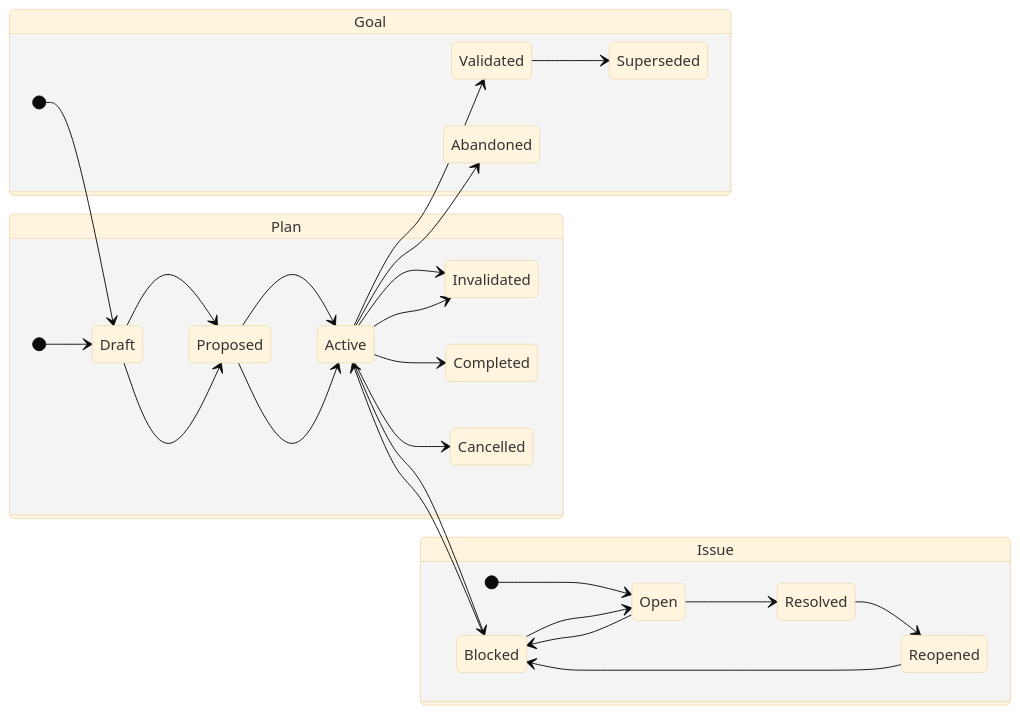
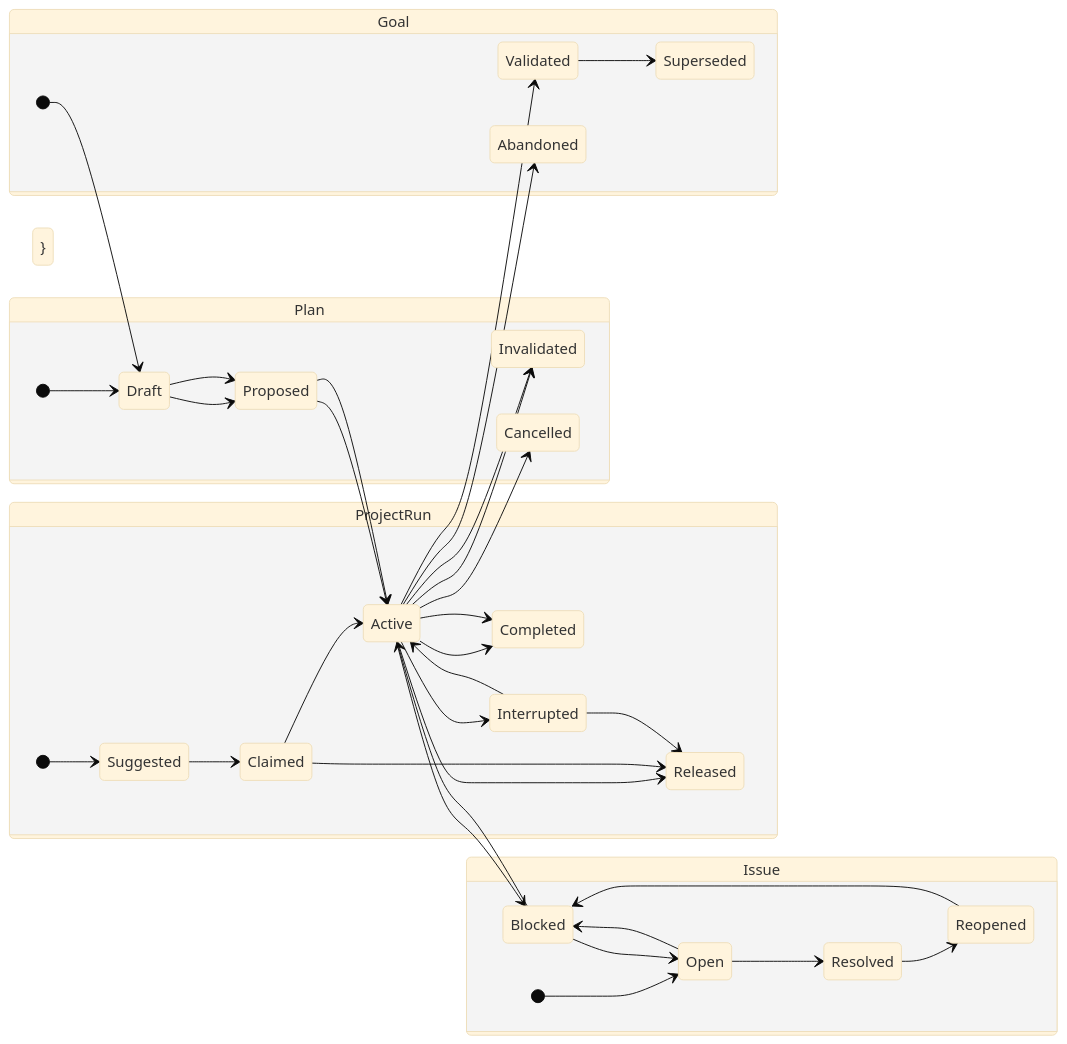
Before and after one commit to Sofreshx/Elegy: the first of 6 diagrams in docs/specs/elegy-planning.md, drawn with Mermaid (base theme). The commit also changed other lines of this file and 57 other files, not shown here.

````diff
--- a/docs/specs/elegy-planning.md
+++ b/docs/specs/elegy-planning.md
@@ -164,34 +169,47 @@
 ```mermaid
 stateDiagram-v2
     direction LR
 
     state Goal {
         [*] --> Draft
         Draft --> Proposed
         Proposed --> Active
         Active --> Validated
         Active --> Invalidated
         Validated --> Superseded
         Active --> Abandoned
     }
 
     state Plan {
         [*] --> Draft
         Draft --> Proposed
         Proposed --> Active
         Active --> Blocked
         Blocked --> Active
         Active --> Completed
         Active --> Cancelled
         Active --> Invalidated
     }
 
     state Issue {
         [*] --> Open
         Open --> Blocked
         Blocked --> Open
         Open --> Resolved
         Resolved --> Reopened
         Reopened --> Blocked
     }
+
+    state ProjectRun {
+        [*] --> Suggested
+        Suggested --> Claimed
+        Claimed --> Active
+        Active --> Completed
+        Active --> Interrupted
+        Active --> Released
+        Claimed --> Released
+        Interrupted --> Active
+        Interrupted --> Released
+    }
+}
 ```
````
